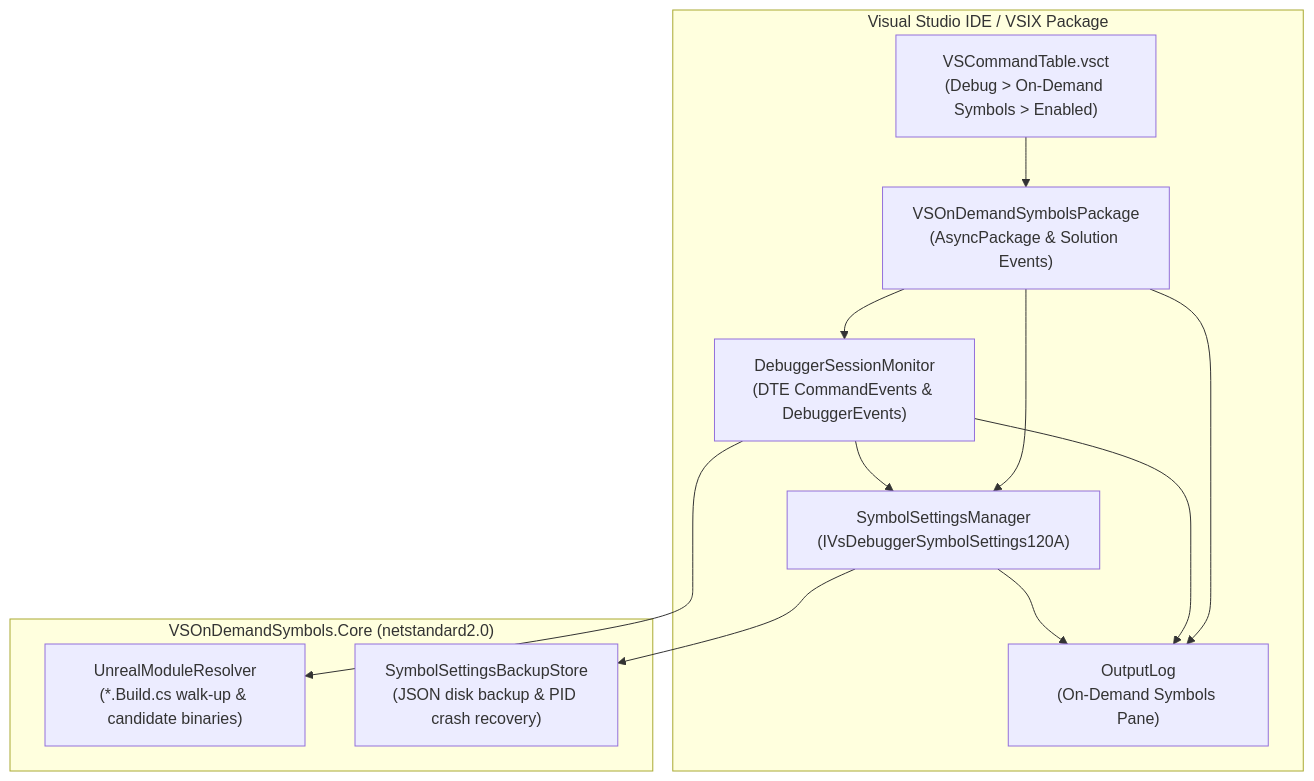
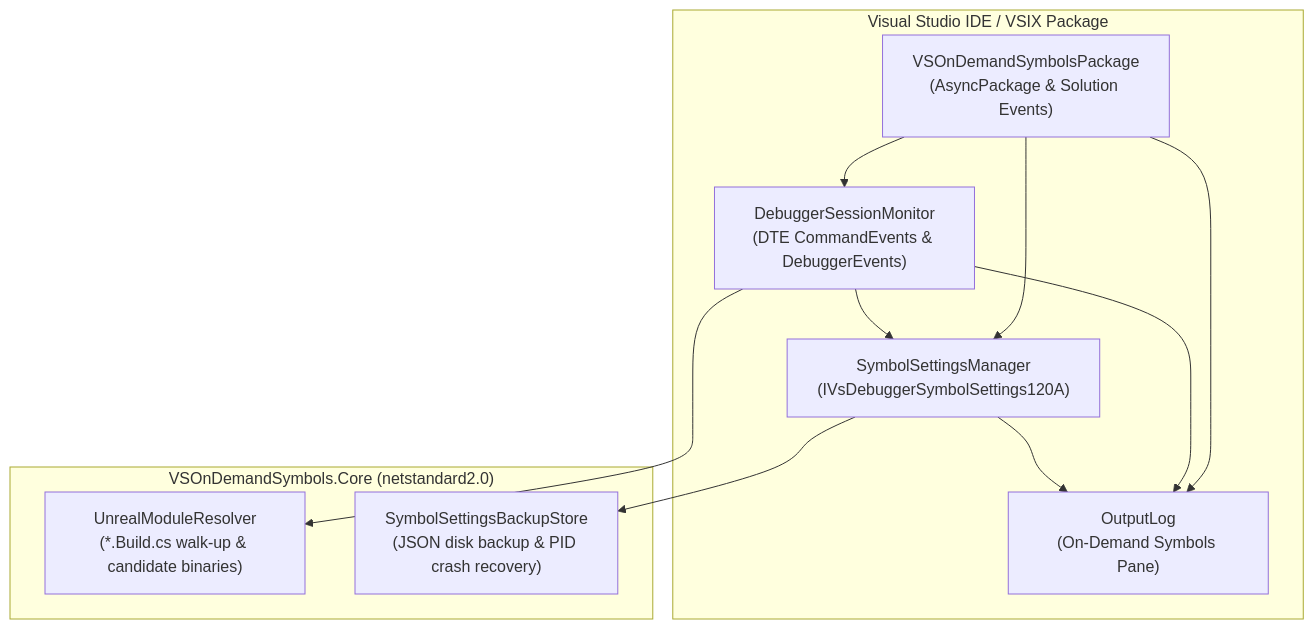
One commit to mattshepcar/VSOnDemandSymbols changed the first of 4 diagrams in docs/ARCHITECTURE.md. Above: the diagram before and after it, drawn with Mermaid. The commit also changed other lines of this file and 9 other files, not shown here.

First line of the commit message:
Remove Debug > On-Demand Symbols > Enabled menu command (D-23)

````diff
--- a/docs/ARCHITECTURE.md
+++ b/docs/ARCHITECTURE.md
@@ -51,27 +51,25 @@
 ```mermaid
 flowchart TD
     subgraph VS_IDE["Visual Studio IDE / VSIX Package"]
         PKG["VSOnDemandSymbolsPackage<br/>(AsyncPackage & Solution Events)"]
-        VSCT["VSCommandTable.vsct<br/>(Debug > On-Demand Symbols > Enabled)"]
         SSM["SymbolSettingsManager<br/>(IVsDebuggerSymbolSettings120A)"]
         DSM["DebuggerSessionMonitor<br/>(DTE CommandEvents & DebuggerEvents)"]
         OUT["OutputLog<br/>(On-Demand Symbols Pane)"]
     end
 
     subgraph CORE_LIB["VSOnDemandSymbols.Core (netstandard2.0)"]
         UMR["UnrealModuleResolver<br/>(*.Build.cs walk-up & candidate binaries)"]
         STORE["SymbolSettingsBackupStore<br/>(JSON disk backup & PID crash recovery)"]
     end
 
     PKG --> SSM
     PKG --> DSM
     PKG --> OUT
-    VSCT --> PKG
 
     DSM --> UMR
     DSM --> SSM
     DSM --> OUT
 
     SSM --> STORE
     SSM --> OUT
 ```
````
